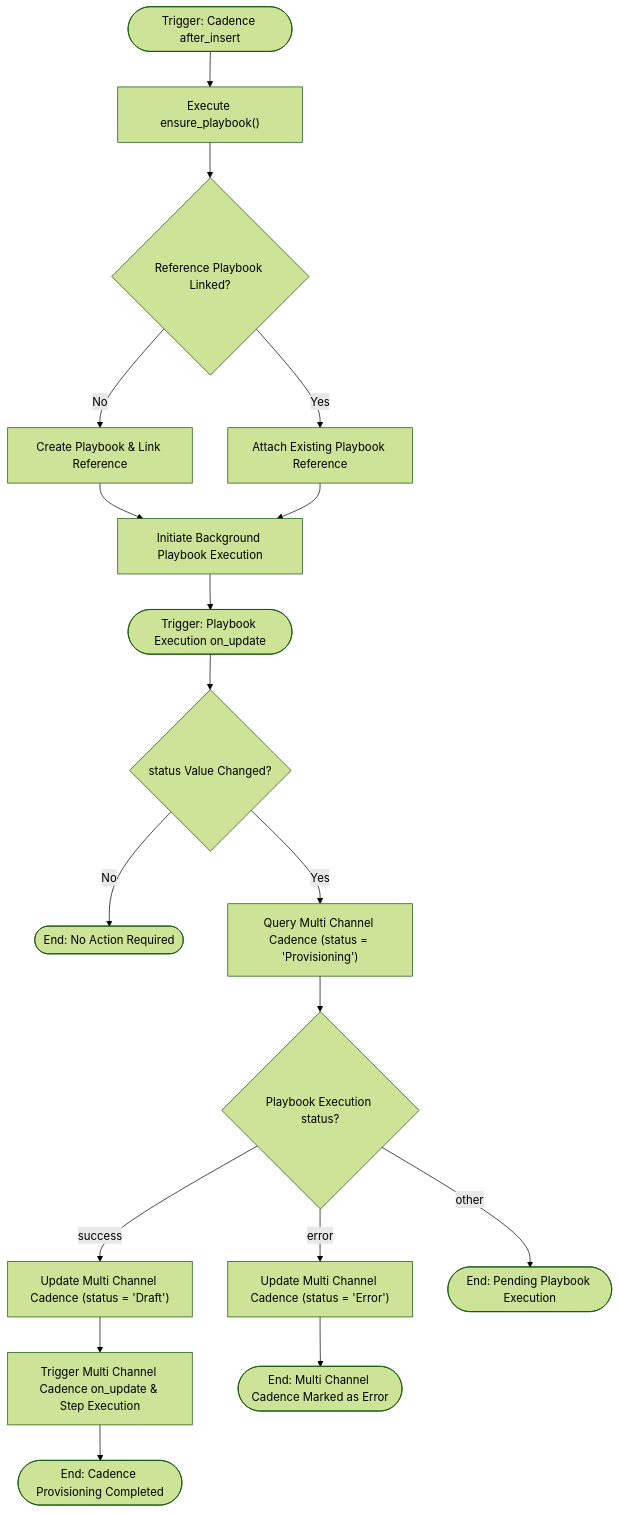
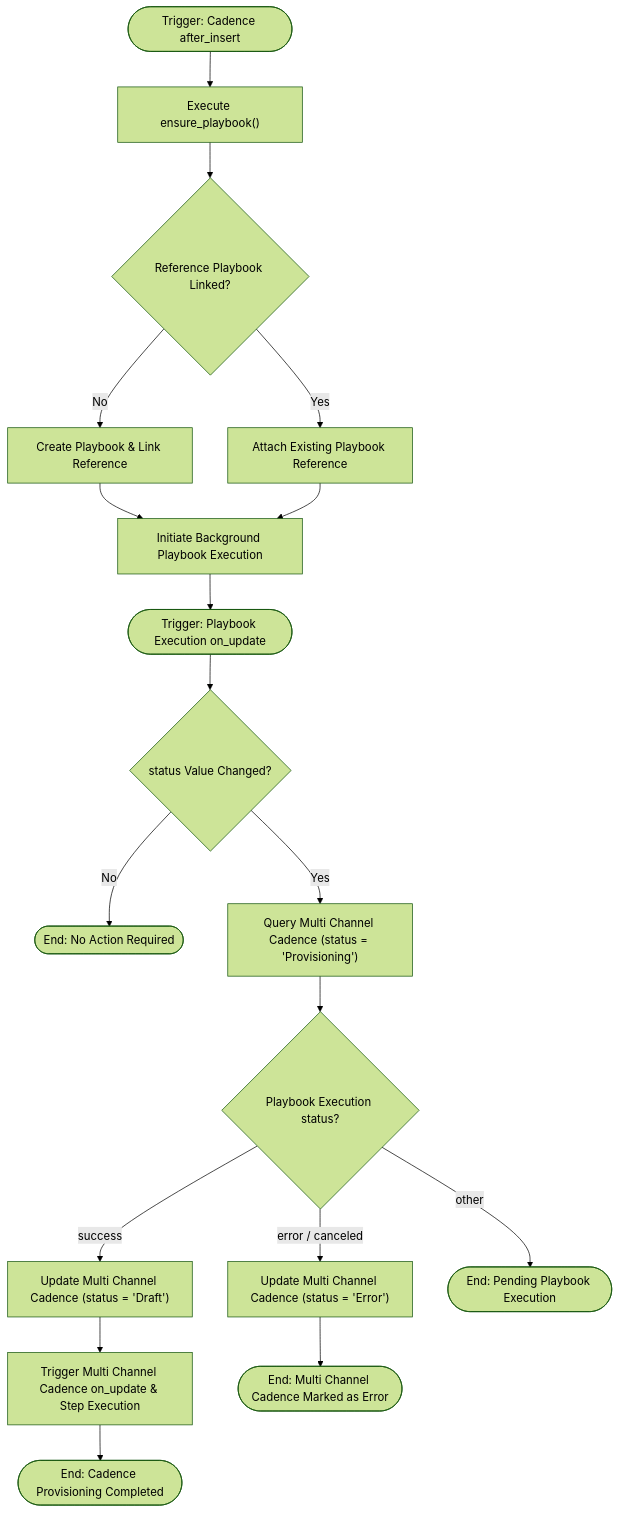
The diagram in frappe_cadence/docs/architecture/bpmn/02-playbook-provisioning.md (aurumorcom/frappe-cadence), drawn with Mermaid (forest theme) before and after one commit. The commit also changed other lines of this file and 21 other files, not shown here.

First line of the commit message:
docs: reorganize architecture documentation structure

````diff
--- a/frappe_cadence/docs/architecture/bpmn/02-playbook-provisioning.md
+++ b/frappe_cadence/docs/architecture/bpmn/02-playbook-provisioning.md
@@ -7,23 +7,23 @@
 ```mermaid
 flowchart TD
     StartCadenceInsert(["Trigger: Cadence after_insert"]) --> EnsurePlaybook["Execute ensure_playbook()"]
     EnsurePlaybook --> HasPlaybook{"Reference Playbook Linked?"}
     HasPlaybook -- No --> CreatePlaybook["Create Playbook & Link Reference"]
     HasPlaybook -- Yes --> LinkPlaybook["Attach Existing Playbook Reference"]
     CreatePlaybook --> AsyncExecution["Initiate Background Playbook Execution"]
     LinkPlaybook --> AsyncExecution
     
     AsyncExecution --> StartPlaybookUpdate(["Trigger: Playbook Execution on_update"])
     StartPlaybookUpdate --> CheckStatusChanged{"status Value Changed?"}
     CheckStatusChanged -- No --> EndNoOp(["End: No Action Required"])
     CheckStatusChanged -- Yes --> QueryMCC["Query Multi Channel Cadence (status = 'Provisioning')"]
     QueryMCC --> EvaluateStatus{"Playbook Execution status?"}
     
     EvaluateStatus -- success --> SetDraft["Update Multi Channel Cadence (status = 'Draft')"]
-    EvaluateStatus -- error --> SetError["Update Multi Channel Cadence (status = 'Error')"]
+    EvaluateStatus -- error / canceled --> SetError["Update Multi Channel Cadence (status = 'Error')"]
     EvaluateStatus -- other --> EndPending(["End: Pending Playbook Execution"])
     
     SetDraft --> TriggerMCCUpdate["Trigger Multi Channel Cadence on_update & Step Execution"]
     SetError --> EndErrorState(["End: Multi Channel Cadence Marked as Error"])
     TriggerMCCUpdate --> EndSuccess(["End: Cadence Provisioning Completed"])
 ```
````
